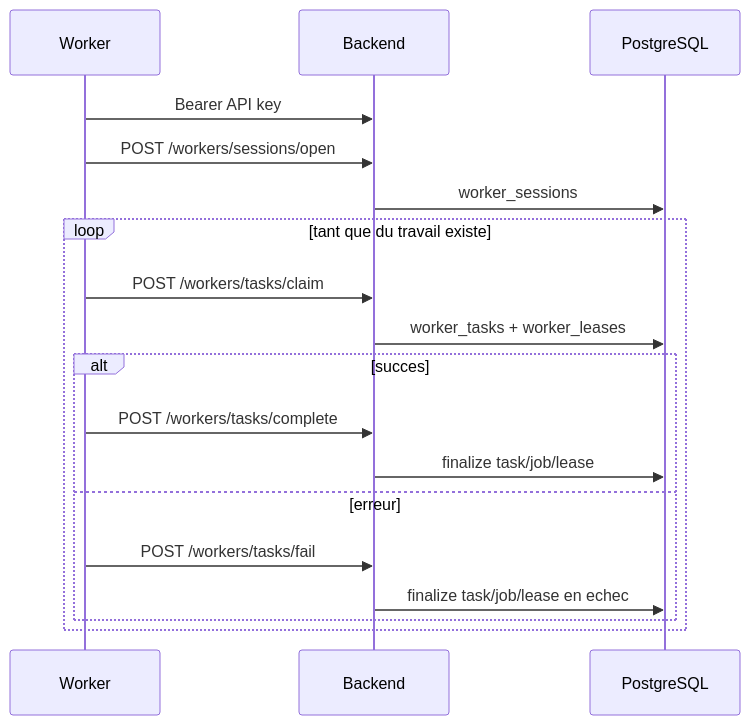
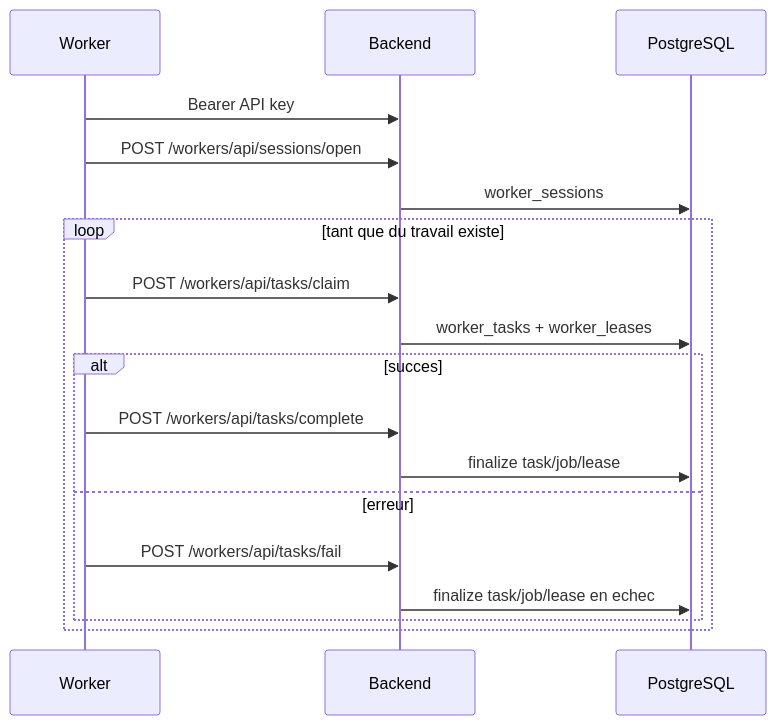
Before and after one commit to Manifeed/docs: the diagram in backend/workers_rust.md, drawn with Mermaid. The commit also changed other lines of this file and 12 other files, not shown here.

````diff
--- a/backend/workers_rust.md
+++ b/backend/workers_rust.md
@@ -30,21 +30,21 @@
 ```mermaid
 sequenceDiagram
     participant Worker
     participant API as Backend
     participant DB as PostgreSQL
 
     Worker->>API: Bearer API key
-    Worker->>API: POST /workers/sessions/open
+    Worker->>API: POST /workers/api/sessions/open
     API->>DB: worker_sessions
     loop tant que du travail existe
-        Worker->>API: POST /workers/tasks/claim
+        Worker->>API: POST /workers/api/tasks/claim
         API->>DB: worker_tasks + worker_leases
         alt succes
-            Worker->>API: POST /workers/tasks/complete
+            Worker->>API: POST /workers/api/tasks/complete
             API->>DB: finalize task/job/lease
         else erreur
-            Worker->>API: POST /workers/tasks/fail
+            Worker->>API: POST /workers/api/tasks/fail
             API->>DB: finalize task/job/lease en echec
         end
     end
 ```
````
